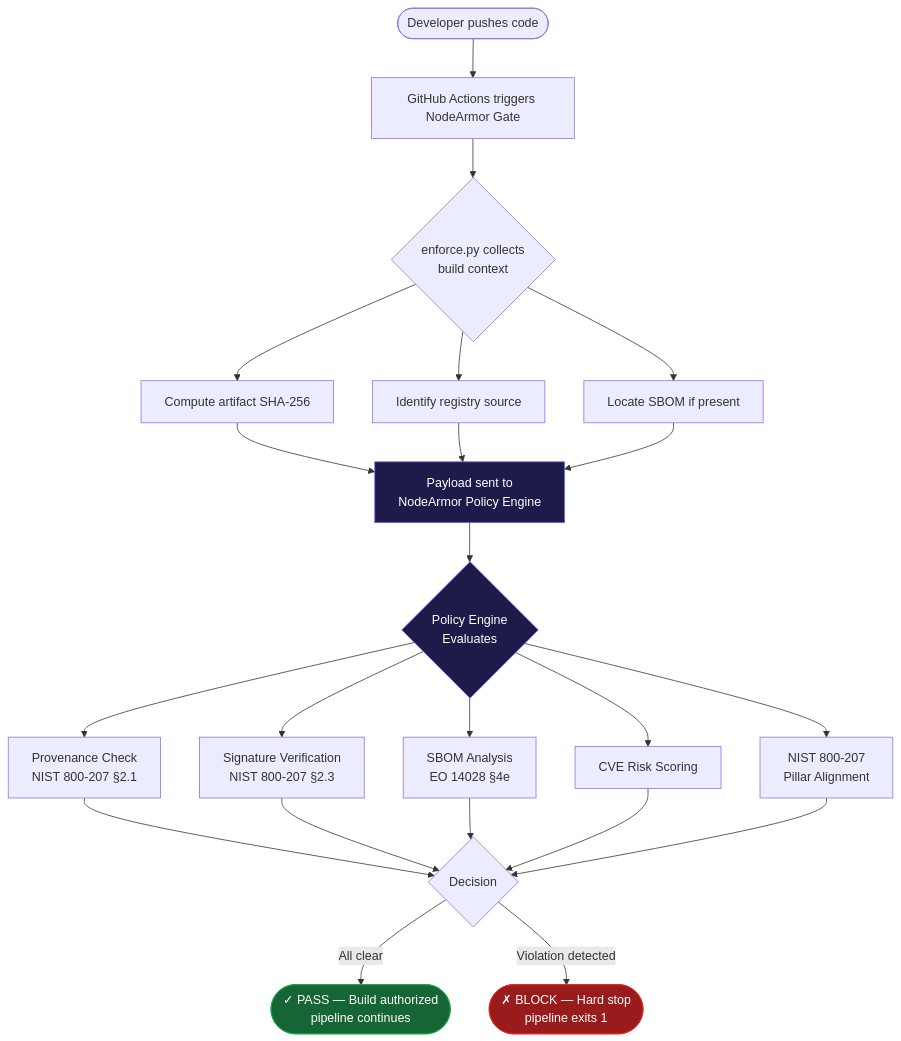
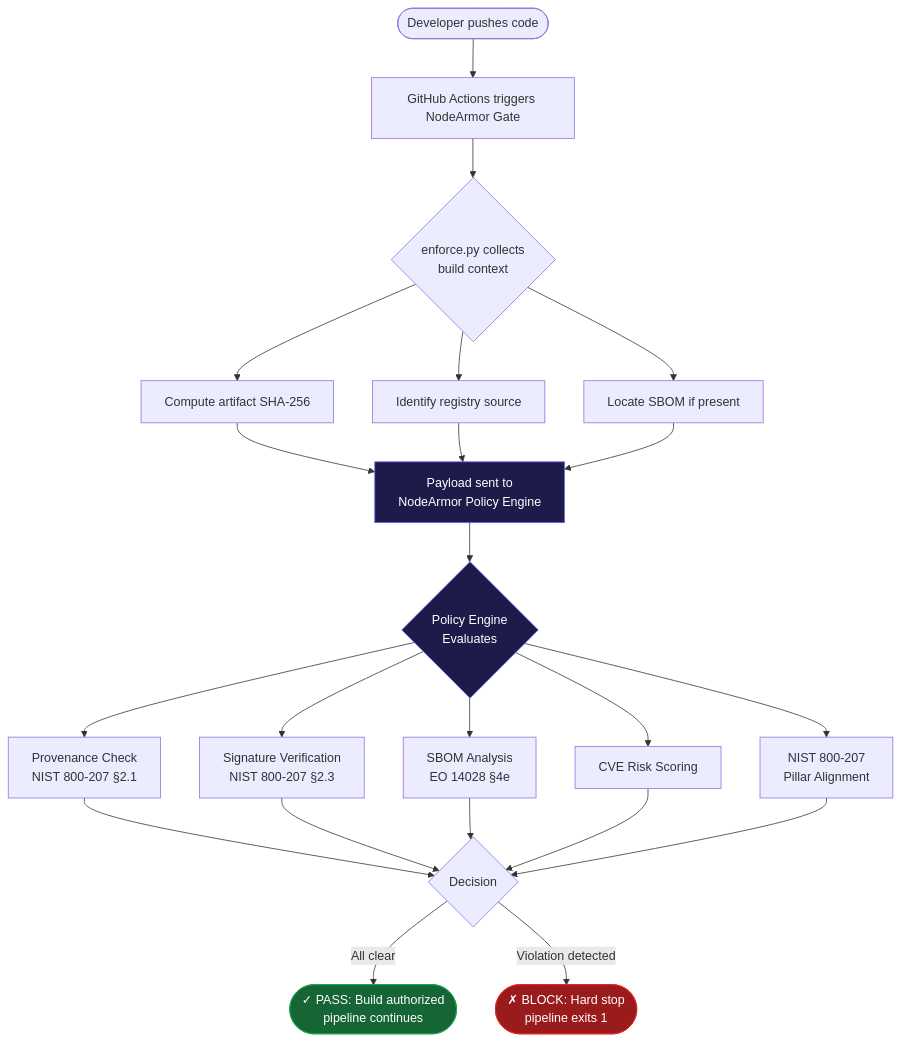
The first of 4 diagrams in README.md (saisravan909/nodearmor), drawn with Mermaid before and after one commit. The commit also changed other lines of this file, not shown here.

Commit message:
docs: remove all em dashes from README

````diff
--- a/README.md
+++ b/README.md
@@ -83,27 +83,27 @@
 ```mermaid
 flowchart TD
     A([Developer pushes code]) --> B[GitHub Actions triggers NodeArmor Gate]
     B --> C{enforce.py collects\nbuild context}
     C --> D[Compute artifact SHA-256]
     C --> E[Identify registry source]
     C --> F[Locate SBOM if present]
     D & E & F --> G[Payload sent to\nNodeArmor Policy Engine]
 
     G --> H{Policy Engine\nEvaluates}
 
     H --> I[Provenance Check\nNIST 800-207 §2.1]
     H --> J[Signature Verification\nNIST 800-207 §2.3]
     H --> K[SBOM Analysis\nEO 14028 §4e]
     H --> L[CVE Risk Scoring]
     H --> M[NIST 800-207\nPillar Alignment]
 
     I & J & K & L & M --> N{Decision}
 
-    N -->|All clear| O([✓ PASS — Build authorized\npipeline continues])
-    N -->|Violation detected| P([✗ BLOCK — Hard stop\npipeline exits 1])
+    N -->|All clear| O([✓ PASS: Build authorized\npipeline continues])
+    N -->|Violation detected| P([✗ BLOCK: Hard stop\npipeline exits 1])
 
     style O fill:#166534,color:#fff,stroke:#16a34a
     style P fill:#991b1b,color:#fff,stroke:#dc2626
     style G fill:#1e1b4b,color:#fff,stroke:#6366f1
     style H fill:#1e1b4b,color:#fff,stroke:#6366f1
 ```
````
